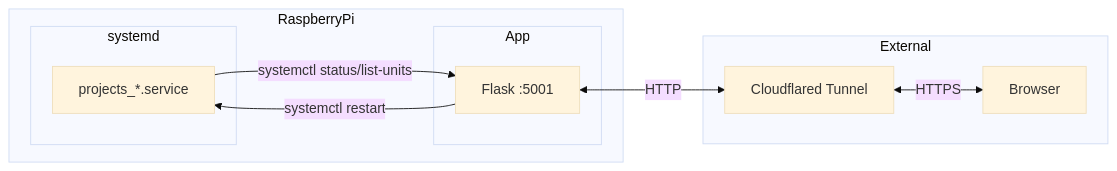
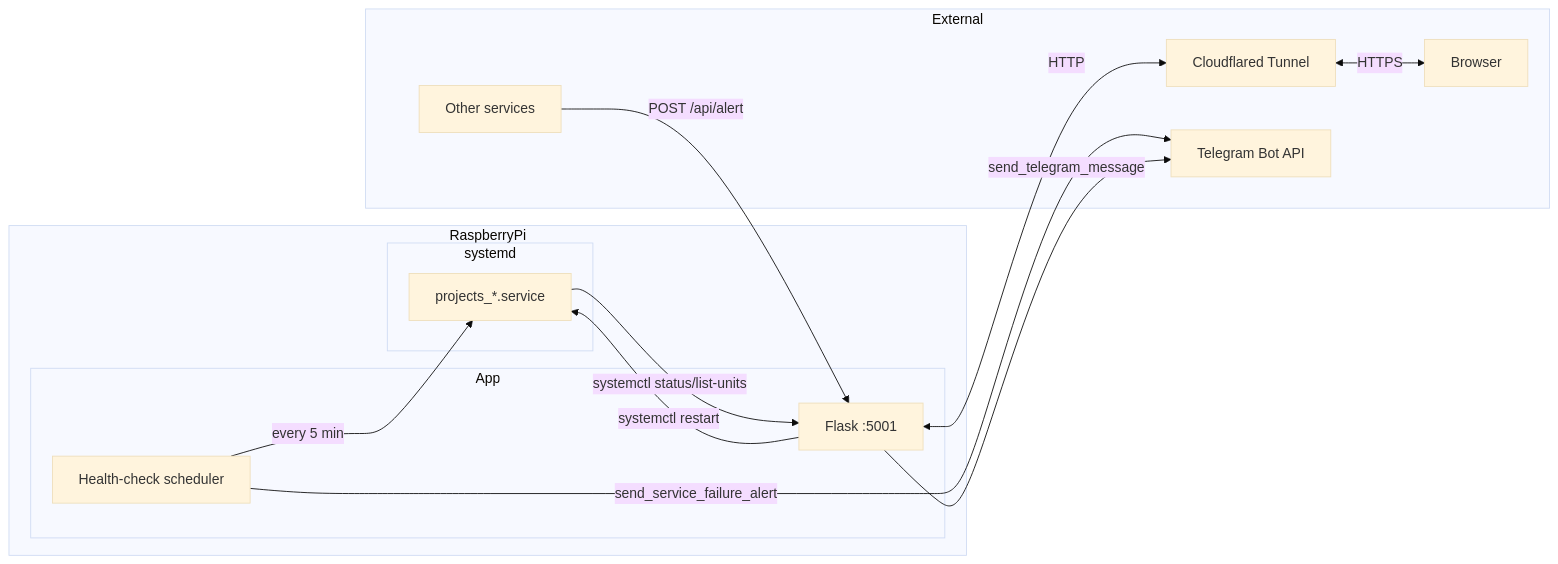
One commit to momonala/rpi-notes changed the diagram in README.servicemonitor.md. Above: the diagram before and after it, drawn with Mermaid (base theme). The commit also changed other lines of this file and 10 other files, not shown here.

Commit message:
feat: add custom Telegram alerts and project resource totals   - expose POST /api/alert for Markdown messages from other services   - unify Telegram send path and only mark failures alerted after success   - show aggregated project CPU/memory in the sidebar and detail view

````diff
--- a/README.servicemonitor.md
+++ b/README.servicemonitor.md
@@ -15,20 +15,27 @@
 ```mermaid
 flowchart LR
     subgraph RaspberryPi
         subgraph systemd
             SVC1[projects_*.service]
         end
         subgraph App
             Flask[Flask :5001]
+            Sched[Health-check scheduler]
         end
     end
     subgraph External
         CF[Cloudflared Tunnel]
         Browser[Browser]
+        Other[Other services]
+        TG[Telegram Bot API]
     end
 
     SVC1 -->|systemctl status/list-units| Flask
     Flask -->|systemctl restart| SVC1
     Flask <-->|HTTP| CF
     CF <-->|HTTPS| Browser
+    Sched -->|every 5 min| SVC1
+    Sched -->|send_service_failure_alert| TG
+    Other -->|POST /api/alert| Flask
+    Flask -->|send_telegram_message| TG
 ```
````
